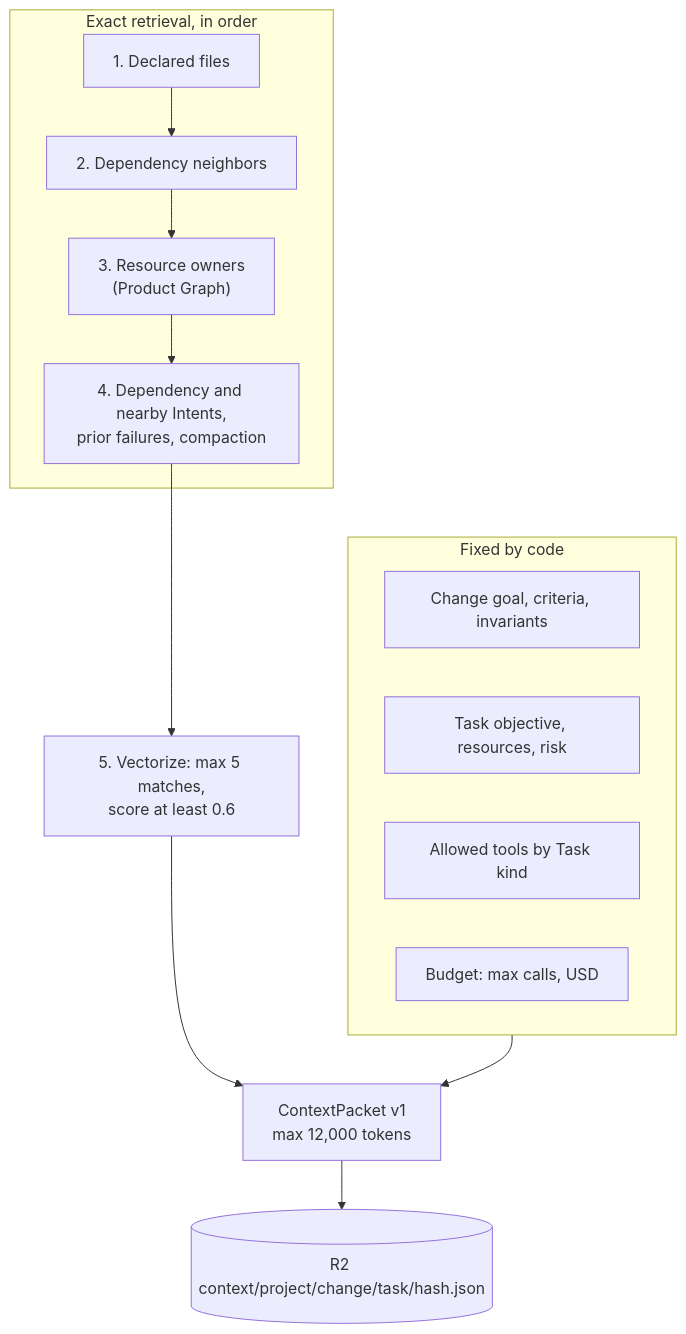
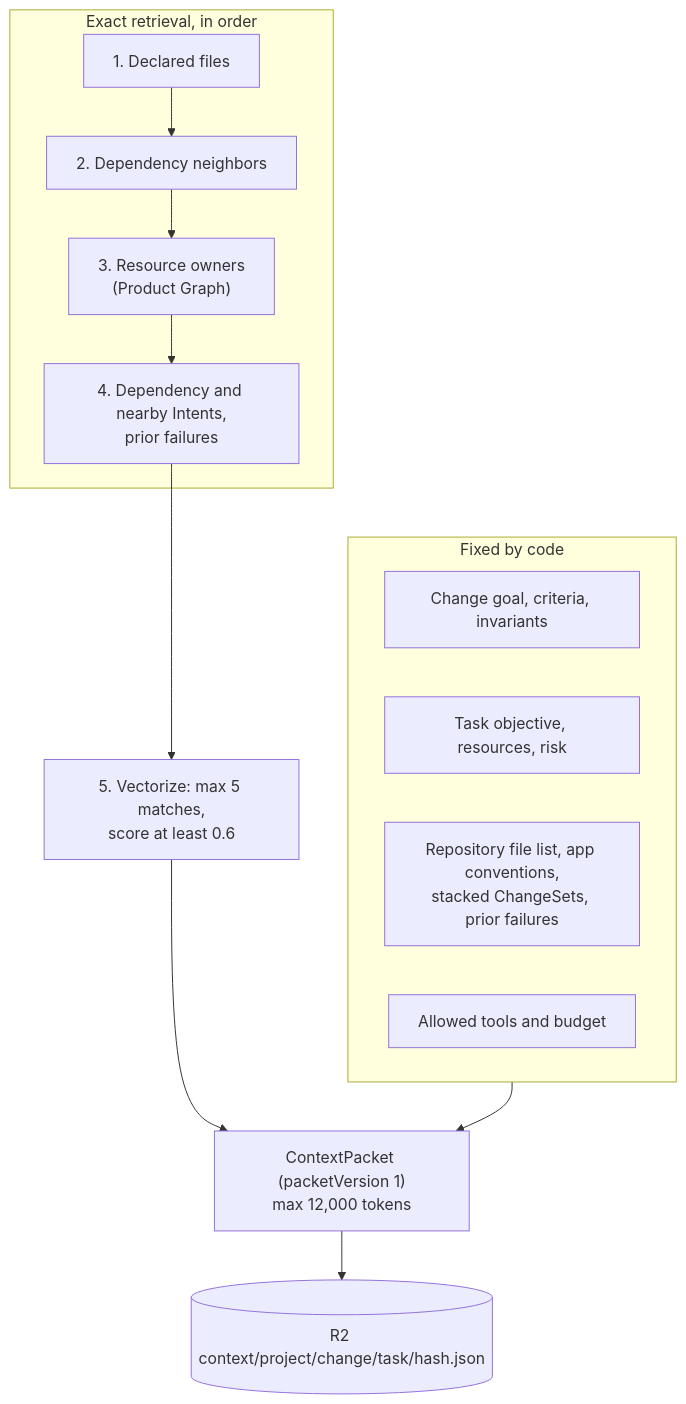
The sixth of 7 diagrams in docs/architecture/agents-and-models.md (nsudhanva/rhumbatron), drawn with Mermaid before and after one commit. The commit also changed other lines of this file and 47 other files, not shown here.

````diff
--- a/docs/architecture/agents-and-models.md
+++ b/docs/architecture/agents-and-models.md
@@ -233,21 +248,21 @@
 ```mermaid
 flowchart TB
   subgraph Fixed["Fixed by code"]
     C["Change goal, criteria, invariants"]
     TK["Task objective, resources, risk"]
-    TOOLS["Allowed tools by Task kind"]
-    B["Budget: max calls, USD"]
+    SRC["Repository file list, app conventions,<br/>stacked ChangeSets, prior failures"]
+    TOOLS["Allowed tools and budget"]
   end
   subgraph Exact["Exact retrieval, in order"]
     D1["1. Declared files"]
     D2["2. Dependency neighbors"]
     D3["3. Resource owners<br/>(Product Graph)"]
-    D4["4. Dependency and nearby Intents,<br/>prior failures, compaction"]
+    D4["4. Dependency and nearby Intents,<br/>prior failures"]
   end
   V["5. Vectorize: max 5 matches,<br/>score at least 0.6"]
-  PKT["ContextPacket v1<br/>max 12,000 tokens"]
+  PKT["ContextPacket (packetVersion 1)<br/>max 12,000 tokens"]
   R2[("R2 context/project/change/task/hash.json")]
   Fixed --> PKT
   D1 --> D2 --> D3 --> D4 --> V --> PKT
   PKT --> R2
 ```
````
